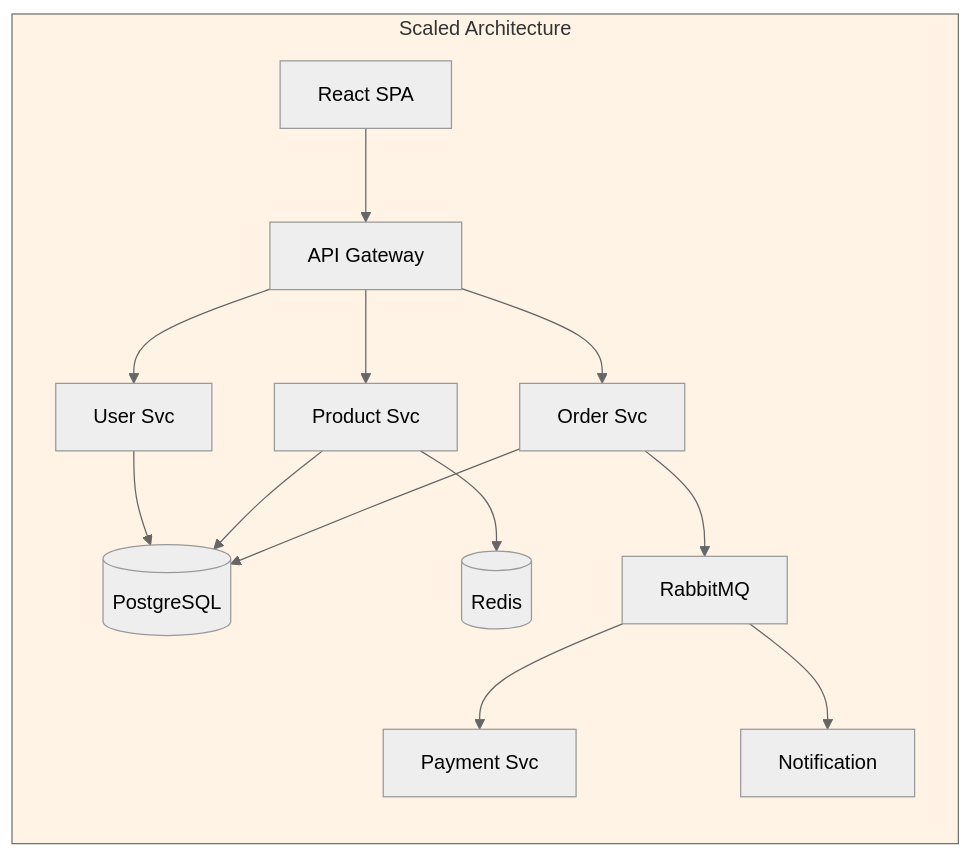
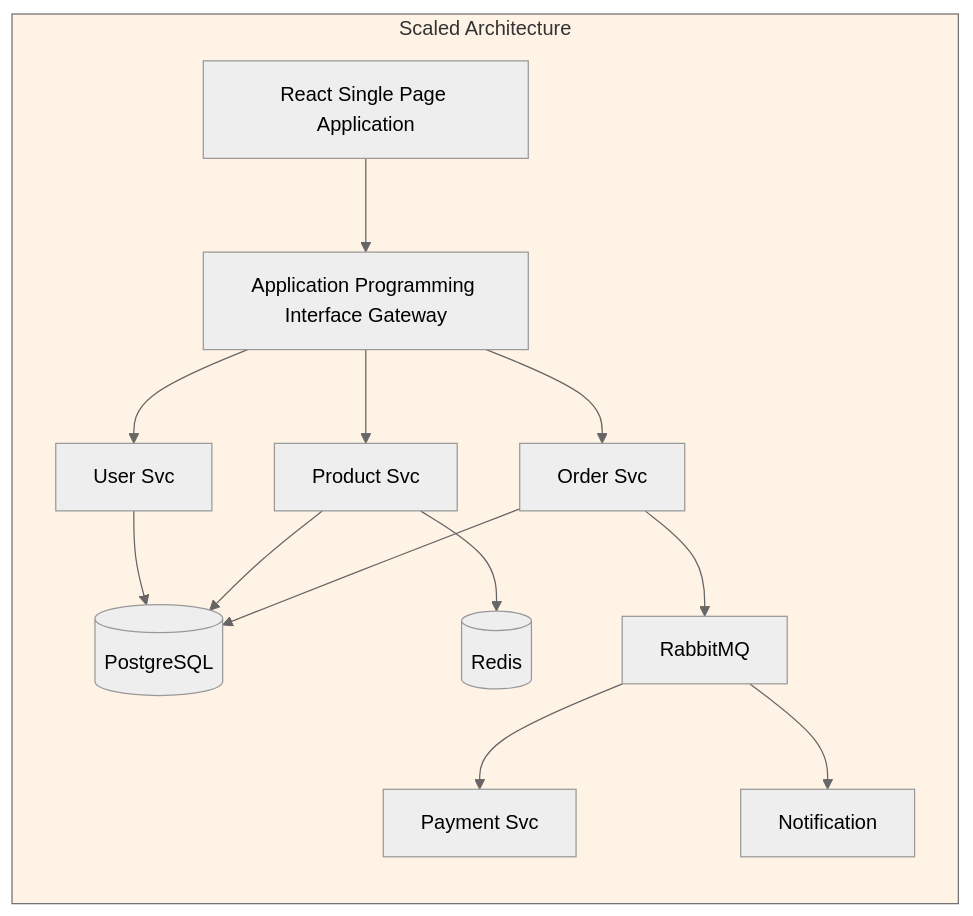
Before and after one commit to chungminhtu/S--tay-SA--Solution-Architect-: diagram 17 of 23 in So_tay_SA_VN.md, drawn with Mermaid (neutral theme). The commit also changed other lines of this file, not shown here.

````diff
--- a/So_tay_SA_VN.md
+++ b/So_tay_SA_VN.md
@@ -1940,18 +1940,18 @@
 ```mermaid
 flowchart LR
     subgraph Scale["Scaled Architecture"]
-        FE[React SPA] --> GW[API Gateway]
+        FE[React Single Page Application] --> GW[Application Programming Interface Gateway]
         GW --> User[User Svc]
         GW --> Product[Product Svc]
         GW --> Order[Order Svc]
 
         User --> DB[(PostgreSQL)]
         Product --> DB
         Product --> Cache[(Redis)]
         Order --> DB
         Order --> MQ[RabbitMQ]
         MQ --> Pay[Payment Svc]
         MQ --> Notif[Notification]
     end
     style Scale fill:#fff3e6
 ```
````
